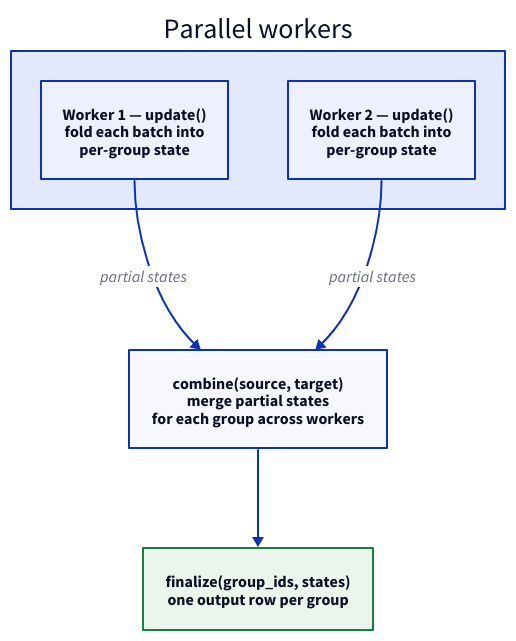
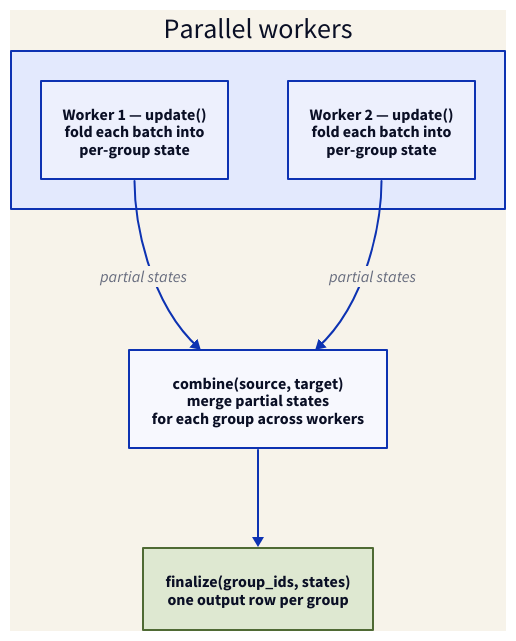
The diagram in src/diagrams/lifecycle/aggregate.d2 (Query-farm/query-farm-astro), drawn with D2 before and after one commit. The commit also changed 297 other files, not shown here.

```diff
--- a/src/diagrams/lifecycle/aggregate.d2
+++ b/src/diagrams/lifecycle/aggregate.d2
@@ -1,18 +1,19 @@
+style.fill: "#f7f3ea"   # soil-50 paper — was d2 theme white, which fought the page ground
 # Aggregate lifecycle: update → combine → finalize (DuckDB GROUP BY model)
 direction: down
 
 workers: Parallel workers {
   w1: "Worker 1 — update()\nfold each batch into\nper-group state"
   w2: "Worker 2 — update()\nfold each batch into\nper-group state"
 }
 
 combine: "combine(source, target)\nmerge partial states\nfor each group across workers"
 
 finalize: "finalize(group_ids, states)\none output row per group" {
-  style.fill: "#eaf5ec"
-  style.stroke: "#15803d"
+  style.fill: "#dee8d1"
+  style.stroke: "#4f6a34"
 }
 
 workers.w1 -> combine: partial states
 workers.w2 -> combine: partial states
 combine -> finalize
```
